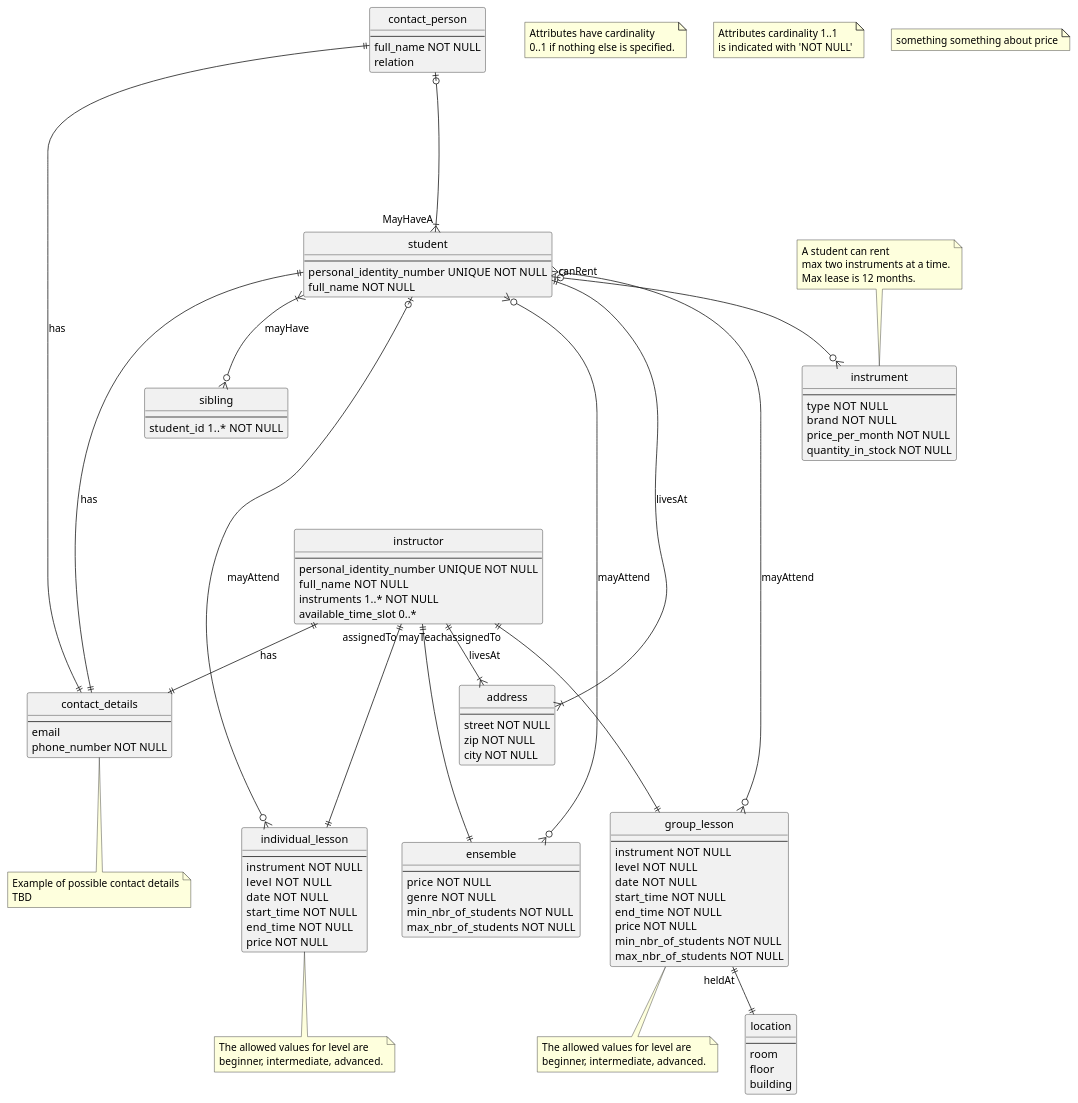
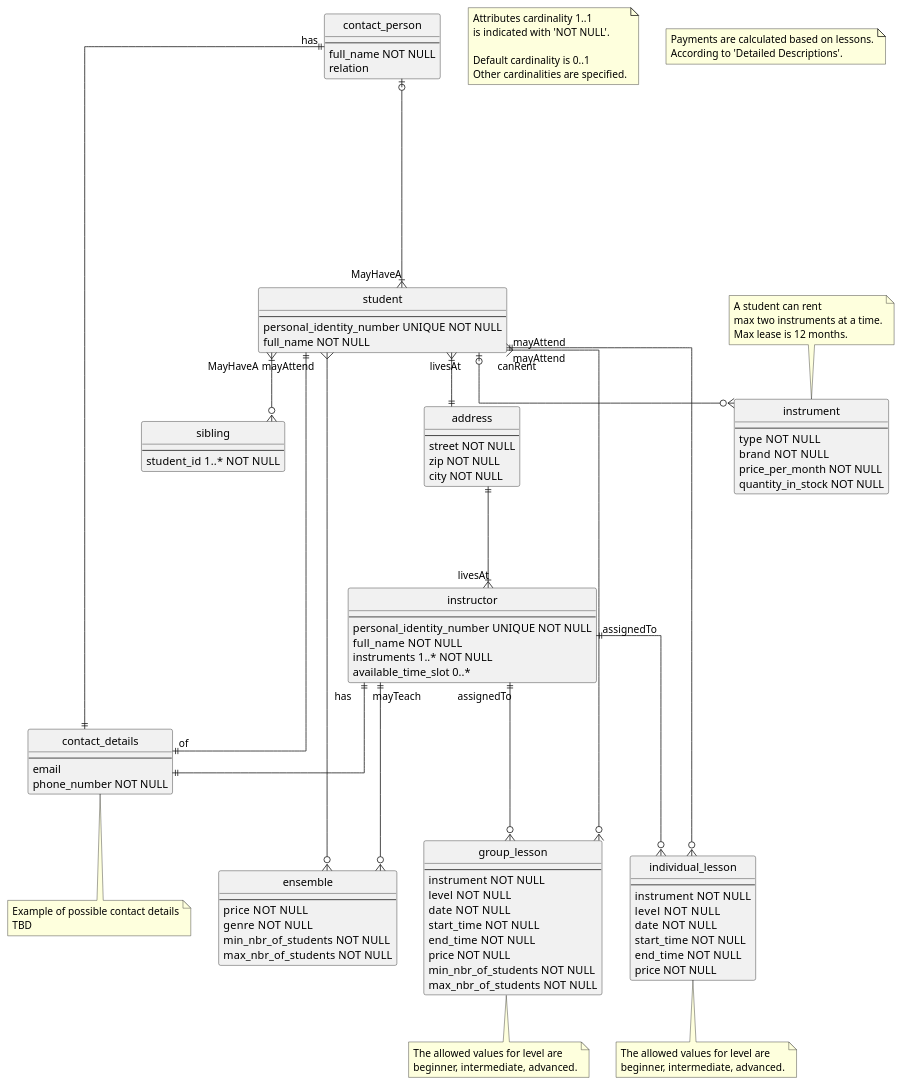
One commit to blomquiste/kth-iv1351-data-storage-paradigms changed the first of 2 diagrams in diagrams/cm.puml. Above: the diagram before and after it, drawn with PlantUML.

Commit message:
relations set

```diff
--- a/diagrams/cm.puml
+++ b/diagrams/cm.puml
@@ -3,7 +3,7 @@
 ' 'need to allow mixing to accomplish something with mixed shapes
 ' allow_mixing
 
-' skinparam linetype ortho
+skinparam linetype ortho
 ' skinparam package {
 '     BackgroundColor LightYellow
 ' }
@@ -12,18 +12,18 @@
 
 ' skinparam ClassAttributeIconSize 0
 
-note as n1
-    Attributes have cardinality
-    0..1 if nothing else is specified.
-end note
 
-note as n2 
+note as n1 
     Attributes cardinality 1..1 
-    is indicated with 'NOT NULL'
+    is indicated with 'NOT NULL'.
+
+    Default cardinality is 0..1
+    Other cardinalities are specified.
 end note
 
 note as s1
-    something something about price
+    Payments are calculated based on lessons.
+    According to 'Detailed Descriptions'.
 end note
 
 ' ACTORS
@@ -121,7 +121,6 @@
      --
 }
 
-
 ' ska instructor ligger på denna nivå eller nere hos childs?
 entity "lesson" {
     --
@@ -167,15 +166,6 @@
     beginner, intermediate, advanced.
 end note
 
-
-entity "location" {
-    --
-    room
-    floor
-    building
-}
-
-
 entity "ensemble" {
     ' id  UNIQUE  NOT NULL
     --
@@ -192,12 +182,12 @@
 
 ' RELATIONS
 ' person ||--|{ address  livesAt
-student ||--|{ address : livesAt
-instructor ||--|{ address : livesAt
+student "livesAt" }|--|| address
+instructor "livesAt" }|--|| address
 
-contact_person ||--|| contact_details : has
-student ||--|| contact_details : has
-instructor ||--|| contact_details : has
+contact_person "has" ||--|| contact_details
+student ||--|| "of" contact_details
+instructor "has" ||--|| contact_details
 ' person ||--|| student::person_id : isA
 ' person ||--|| instructor::person_id : isA
 ' person ||--|| contact_person::person_id : isA
@@ -206,14 +196,14 @@
 ' rental "of" ||--|| instrument 
 student "canRent" |o--o{ instrument
 
-student |o--o{ lesson : mayAttend
-student |o--o{ individual_lesson : mayAttend
-student }o--o{ group_lesson : mayAttend
-student }o--o{ ensemble : mayAttend
-lesson }|--|| instructor : taughtBy
+' student "mayAttend" |o--o{ lesson
+student "mayAttend" ||--o{ individual_lesson
+student "mayAttend" }--o{ group_lesson
+student "mayAttend" }--o{ ensemble
+' lesson "isTaughtBy" }|--|| instructor
 
 student "MayHaveA" }|--o| contact_person
-student }|--o{ sibling : mayHave
+student "MayHaveA\n\n\n" }|--o{ sibling
 
 ' sibling }|--|{ student : isA
 ' et |o"1"---"10"o{ et2 : relationtest
@@ -223,11 +213,12 @@
 ' session ||---|| group_lesson : mayBookA
 ' session ||---|| individual_lesson : mayBookA
 ' session ||---|| ensemble : mayBookA
-group_lesson "heldAt" ||--|| location
 
-instructor "assignedTo"||---|| group_lesson
-instructor "assignedTo"||---|| individual_lesson
-instructor "mayTeach"||---|| ensemble
+' group_lesson "heldAt" ||--|| location
+
+instructor "assignedTo"||---o{ group_lesson
+instructor "assignedTo"||---o{ individual_lesson
+instructor "mayTeach" ||---o{ ensemble
 
 ' INHERITANCE
 hide person
@@ -260,7 +251,7 @@
 
 instructor --[hidden]right-> student
 student --[hidden]up-> contact_person
-' instructor --[hidden]up-> address
+instructor --[hidden]up-> address
 ' student --[hidden]up-> address
 ' instructor --[hidden]up-> contact_details
 ' student --[hidden]up-> contact_details
```
